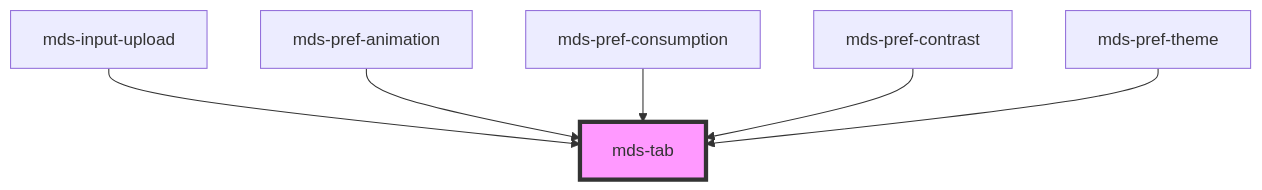
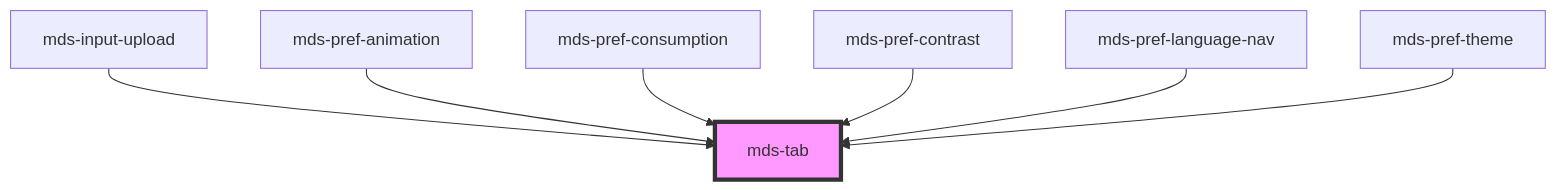
Before and after one commit to magma-design-system/magma: the diagram in projects/stencil/src/components/mds-tab/readme.md, drawn with Mermaid. The commit also changed other lines of this file and 47 other files, not shown here.

````diff
--- a/projects/stencil/src/components/mds-tab/readme.md
+++ b/projects/stencil/src/components/mds-tab/readme.md
@@ -52,9 +45,10 @@
 ```mermaid
 graph TD;
   mds-input-upload --> mds-tab
   mds-pref-animation --> mds-tab
   mds-pref-consumption --> mds-tab
   mds-pref-contrast --> mds-tab
+  mds-pref-language-nav --> mds-tab
   mds-pref-theme --> mds-tab
   style mds-tab fill:#f9f,stroke:#333,stroke-width:4px
 ```
````
